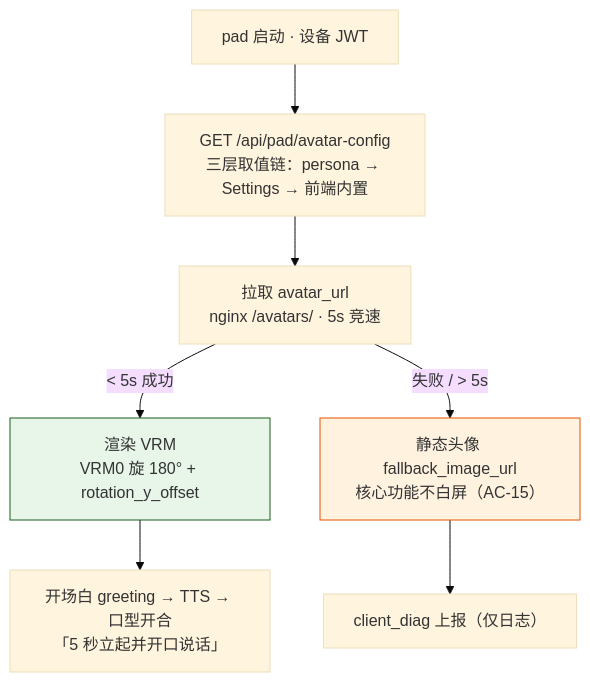
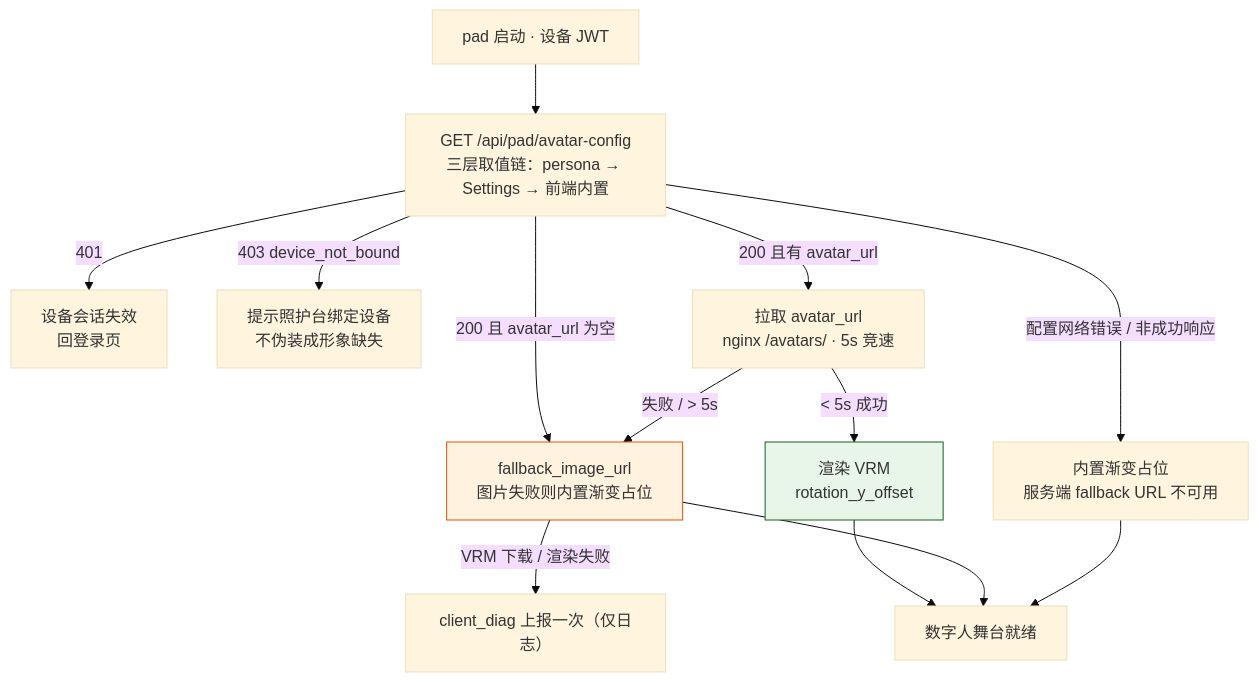
One commit to zha-yu/kangban changed the fifth of 10 diagrams in docs/plans/day04/day-04-3D与身份闭环.md. Above: the diagram before and after it, drawn with Mermaid (base theme). The commit also changed other lines of this file and 10 other files, not shown here.

````diff
--- a/docs/plans/day04/day-04-3D与身份闭环.md
+++ b/docs/plans/day04/day-04-3D与身份闭环.md
@@ -267,12 +282,18 @@
 ```mermaid
 flowchart TD
     P["pad 启动 · 设备 JWT"]
     P --> G["GET /api/pad/avatar-config<br/>三层取值链：persona → Settings → 前端内置"]
-    G --> N["拉取 avatar_url<br/>nginx /avatars/ · 5s 竞速"]
-    N -- "< 5s 成功" --> OK["渲染 VRM<br/>VRM0 旋 180° + rotation_y_offset"]
-    N -- "失败 / > 5s" --> FB["静态头像 fallback_image_url<br/>核心功能不白屏（AC-15）"]
-    FB --> D2["client_diag 上报（仅日志）"]
-    OK --> O["开场白 greeting → TTS → 口型开合<br/>「5 秒立起并开口说话」"]
+    G -- "401" --> AUTH["设备会话失效<br/>回登录页"]
+    G -- "403 device_not_bound" --> UNB["提示照护台绑定设备<br/>不伪装成形象缺失"]
+    G -- "200 且 avatar_url 为空" --> FB["fallback_image_url<br/>图片失败则内置渐变占位"]
+    G -- "200 且有 avatar_url" --> N["拉取 avatar_url<br/>nginx /avatars/ · 5s 竞速"]
+    G -- "配置网络错误 / 非成功响应" --> LOCAL["内置渐变占位<br/>服务端 fallback URL 不可用"]
+    N -- "< 5s 成功" --> OK["渲染 VRM<br/>rotation_y_offset"]
+    N -- "失败 / > 5s" --> FB
+    FB -- "VRM 下载 / 渲染失败" --> D2["client_diag 上报一次（仅日志）"]
+    OK --> READY["数字人舞台就绪"]
+    FB --> READY
+    LOCAL --> READY
     style FB fill:#fff3e0,stroke:#e65100
     style OK fill:#e8f5e9,stroke:#1b5e20
 ```
````
